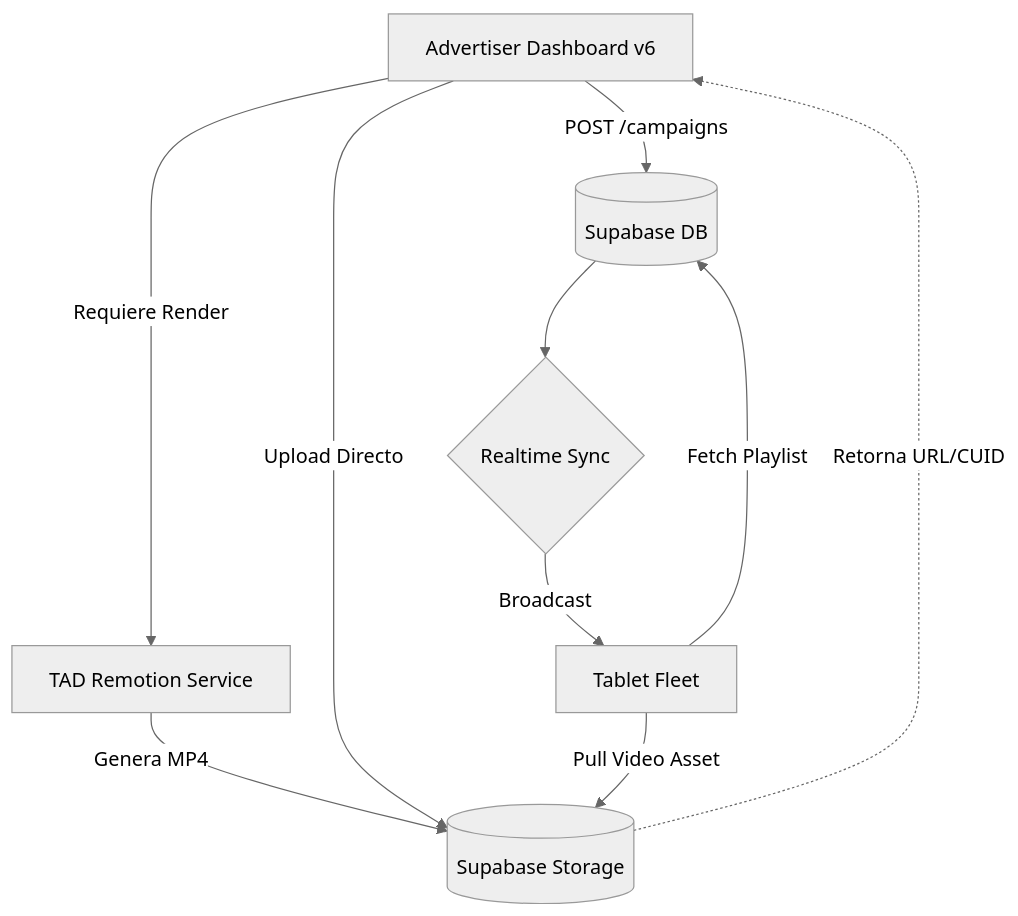
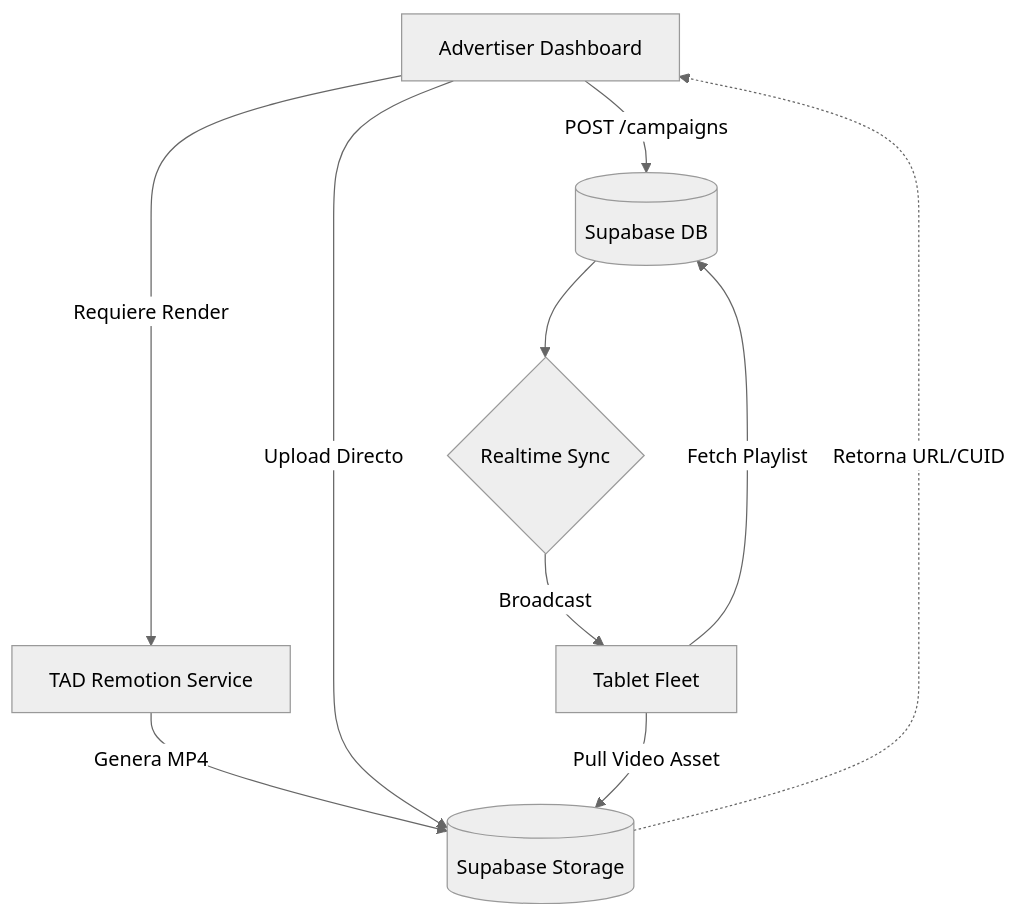
Before and after one commit to tadtaxiadvertising/tad-dooh-platform: the second of 4 diagrams in 04_flujo_operativo_tad.md, drawn with Mermaid (neutral theme). The commit also changed other lines of this file and 16 other files, not shown here.

````diff
--- a/04_flujo_operativo_tad.md
+++ b/04_flujo_operativo_tad.md
@@ -48,18 +48,18 @@
 ```mermaid
 graph TD
     classDef red fill:#f96,stroke:#333,stroke-width:2px;
     classDef green fill:#9f9,stroke:#333,stroke-width:2px;
 
-    DM[Advertiser Dashboard v6] -->|Requiere Render| RM[TAD Remotion Service]
+    DM[Advertiser Dashboard] -->|Requiere Render| RM[TAD Remotion Service]
     RM -->|Genera MP4| S3[(Supabase Storage)]
     
     DM -->|Upload Directo| S3
     S3 -.->|Retorna URL/CUID| DM
     DM -->|POST /campaigns| DB[(Supabase DB)]
     
     DB --> R1{Realtime Sync}
     R1 --> |Broadcast| T1[Tablet Fleet]
 
     T1 --> |Fetch Playlist| DB
     T1 --> |Pull Video Asset| S3
 ```
````
